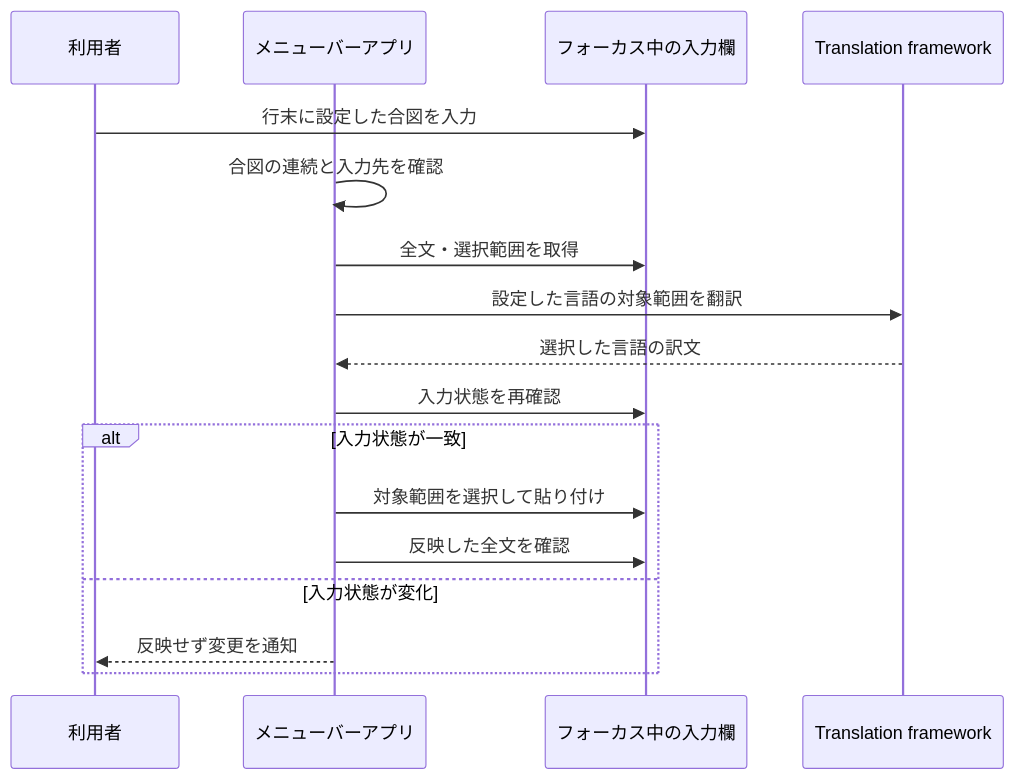
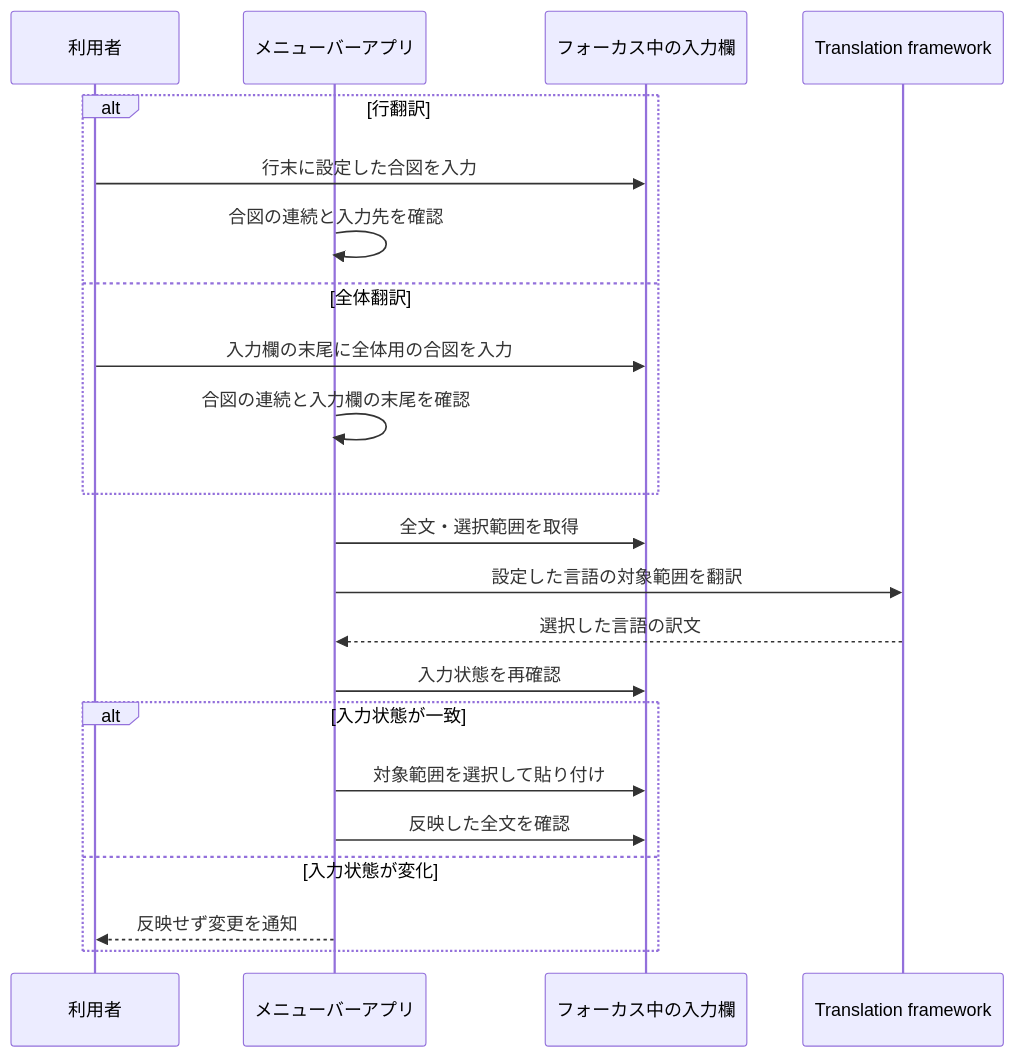
The diagram in docs/products/quick-translate-input/features/translate-input/design.md (azu/quick-input-translator), drawn with Mermaid before and after one commit. The commit also changed other lines of this file and 2 other files, not shown here.

Commit message:
docs: specify whole-input translation and clarify design

````diff
--- a/docs/products/quick-translate-input/features/translate-input/design.md
+++ b/docs/products/quick-translate-input/features/translate-input/design.md
@@ -83,19 +235,24 @@
 ```mermaid
 sequenceDiagram
     participant User as 利用者
     participant App as メニューバーアプリ
     participant Input as フォーカス中の入力欄
     participant Translation as Translation framework
-    User->>Input: 行末に設定した合図を入力
-    App->>App: 合図の連続と入力先を確認
+    alt 行翻訳
+        User->>Input: 行末に設定した合図を入力
+        App->>App: 合図の連続と入力先を確認
+    else 全体翻訳
+        User->>Input: 入力欄の末尾に全体用の合図を入力
+        App->>App: 合図の連続と入力欄の末尾を確認
+    end
     App->>Input: 全文・選択範囲を取得
     App->>Translation: 設定した言語の対象範囲を翻訳
     Translation-->>App: 選択した言語の訳文
     App->>Input: 入力状態を再確認
     alt 入力状態が一致
         App->>Input: 対象範囲を選択して貼り付け
         App->>Input: 反映した全文を確認
     else 入力状態が変化
         App-->>User: 反映せず変更を通知
     end
 ```
````
